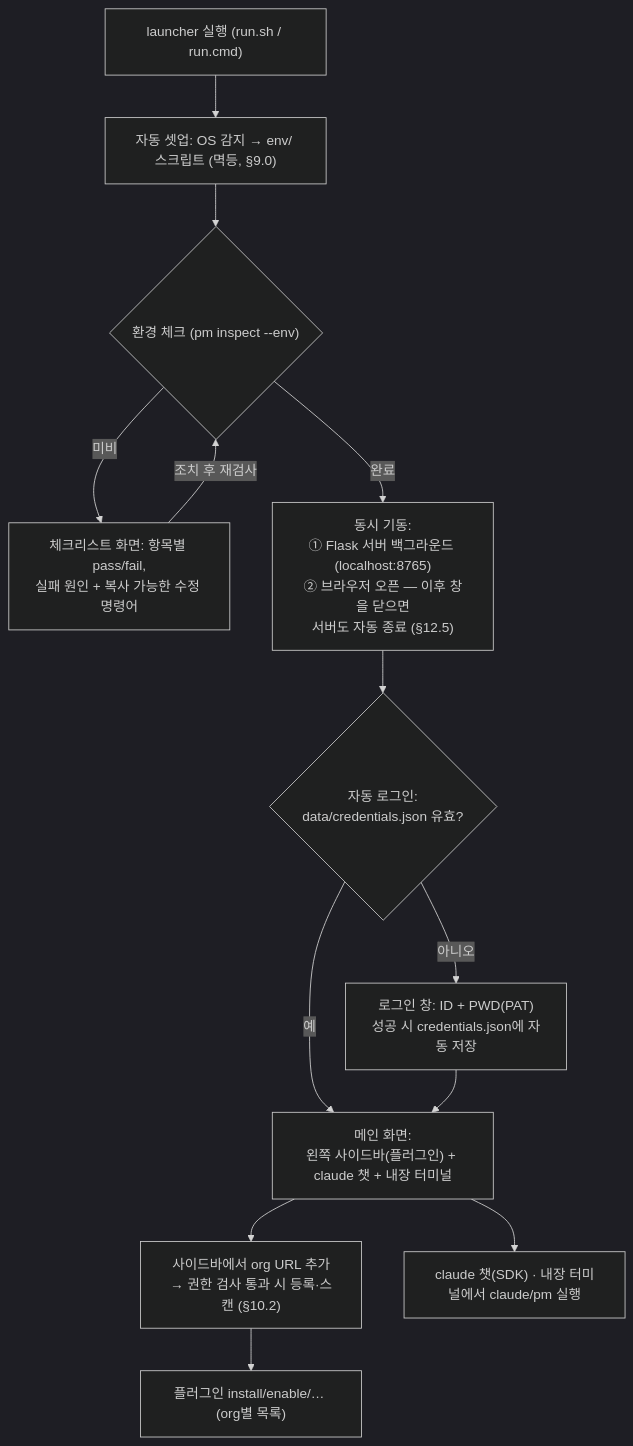
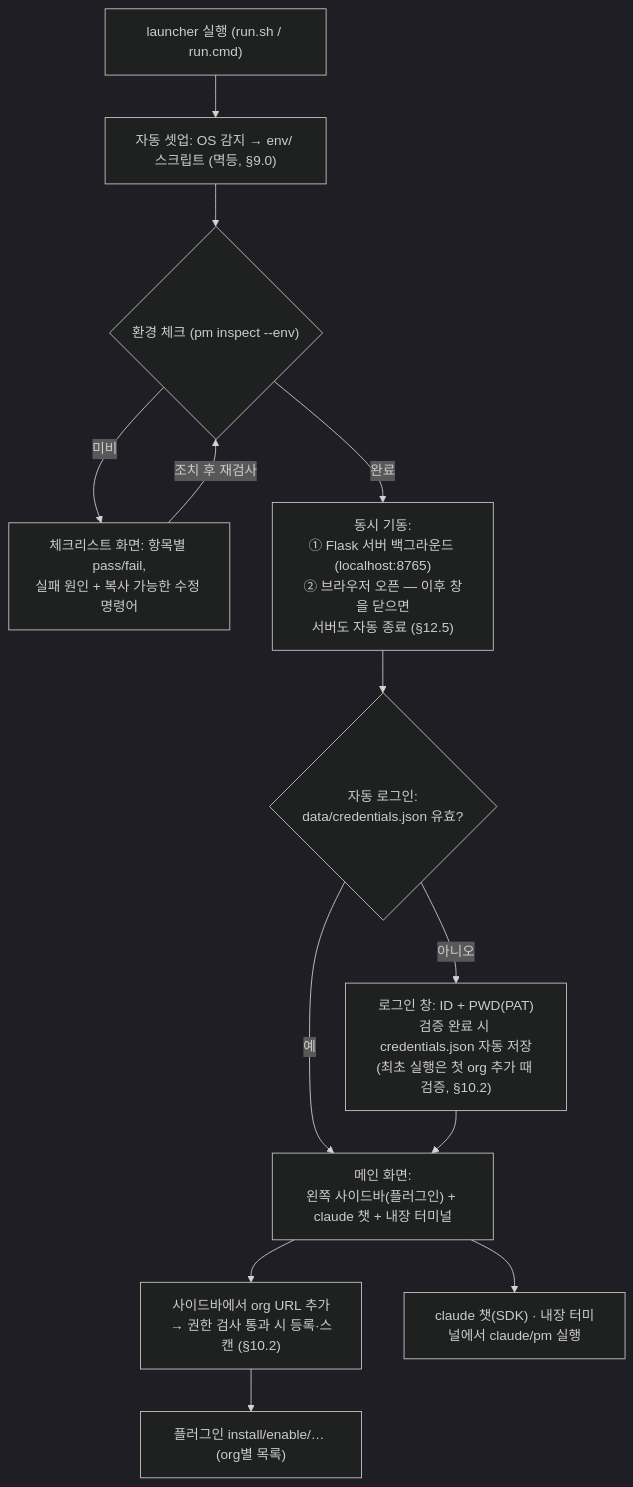
Before and after one commit to ageokim/plugin_cafe: the first of 3 diagrams in docs/Architecture.md, drawn with Mermaid (dark theme). The commit also changed other lines of this file and 1 other file, not shown here.

````diff
--- a/docs/Architecture.md
+++ b/docs/Architecture.md
@@ -85,15 +85,15 @@
 ```mermaid
 flowchart TD
     A["launcher 실행 (run.sh / run.cmd)"] --> B["자동 셋업: OS 감지 → env/ 스크립트 (멱등, §9.0)"]
     B --> C{"환경 체크 (pm inspect --env)"}
     C -- 미비 --> D["체크리스트 화면: 항목별 pass/fail,<br>실패 원인 + 복사 가능한 수정 명령어"]
     D -- 조치 후 재검사 --> C
     C -- 완료 --> E["동시 기동:<br>① Flask 서버 백그라운드 (localhost:8765)<br>② 브라우저 오픈 — 이후 창을 닫으면<br>서버도 자동 종료 (§12.5)"]
     E --> F{"자동 로그인:<br>data/credentials.json 유효?"}
     F -- 예 --> H
-    F -- 아니오 --> G["로그인 창: ID + PWD(PAT)<br>성공 시 credentials.json에 자동 저장"]
+    F -- 아니오 --> G["로그인 창: ID + PWD(PAT)<br>검증 완료 시 credentials.json 자동 저장<br>(최초 실행은 첫 org 추가 때 검증, §10.2)"]
     G --> H["메인 화면:<br>왼쪽 사이드바(플러그인) + claude 챗 + 내장 터미널"]
     H --> I["사이드바에서 org URL 추가<br>→ 권한 검사 통과 시 등록·스캔 (§10.2)"]
     I --> J["플러그인 install/enable/… (org별 목록)"]
     H --> K["claude 챗(SDK) · 내장 터미널에서 claude/pm 실행"]
 ```
````
